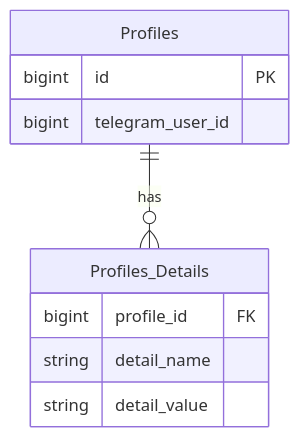
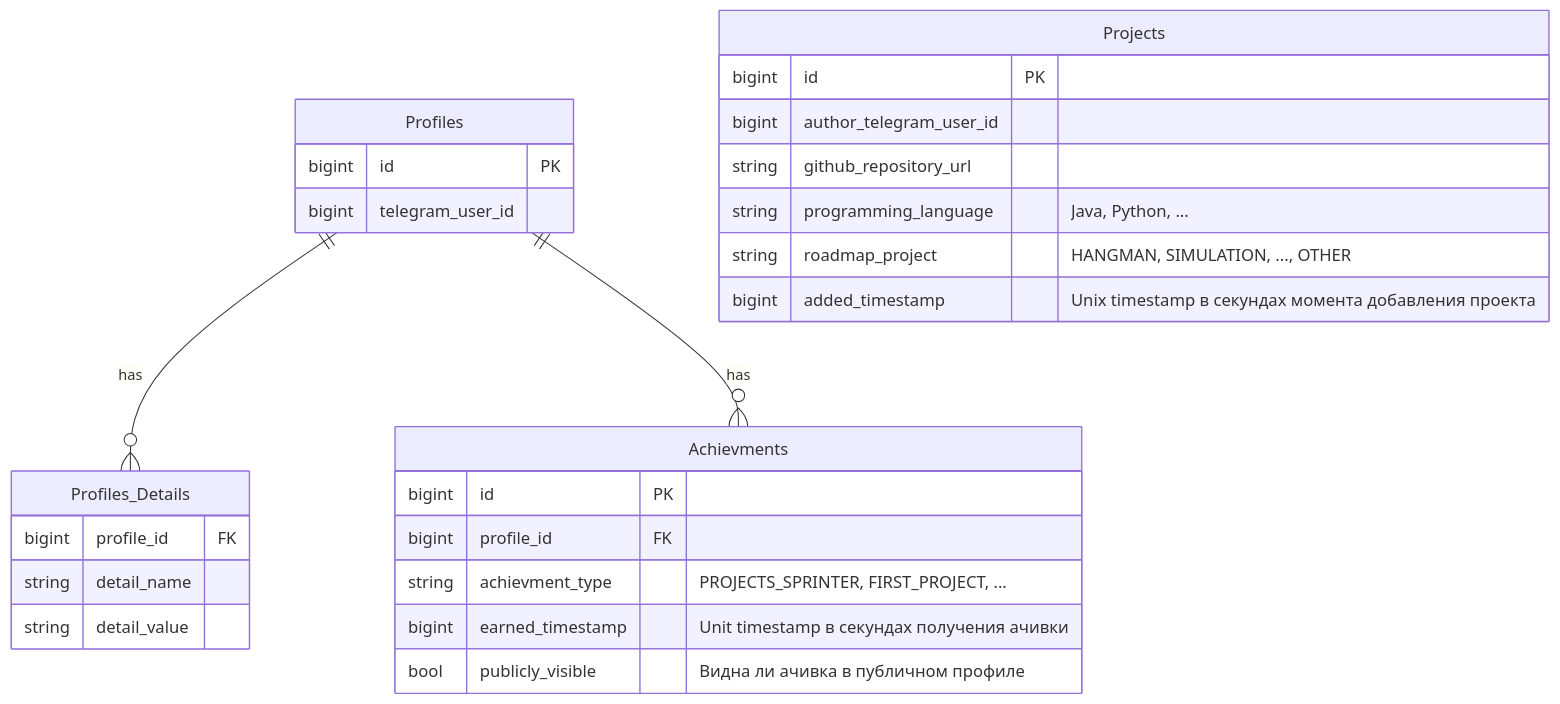
One commit to it-mentor-community-platform/meta changed the diagram in system-analytics/services/profile-service/index.md. Above: the diagram before and after it, drawn with Mermaid. The commit also changed other lines of this file, not shown here.

Commit message:
system analytics: profile service - new DB tables for projects and achievements
Added Achievements and Projects sections with their fields and indexes in the profile service documentation.

````diff
--- a/system-analytics/services/profile-service/index.md
+++ b/system-analytics/services/profile-service/index.md
@@ -18,16 +18,34 @@
 ```mermaid
 erDiagram
     Profiles {
         bigint id PK
         bigint telegram_user_id
     }
 
     Profiles_Details {
         bigint profile_id FK
         string detail_name
         string detail_value
     }
 
+    Achievments {
+        bigint id PK
+        bigint profile_id FK
+        string achievment_type "PROJECTS_SPRINTER, FIRST_PROJECT, ..."
+        bigint earned_timestamp "Unit timestamp в секундах получения ачивки"
+        bool publicly_visible "Видна ли ачивка в публичном профиле"
+    }
+
+    Projects {
+        bigint id PK
+        bigint author_telegram_user_id
+        string github_repository_url
+        string programming_language "Java, Python, ..."
+        string roadmap_project "HANGMAN, SIMULATION, ..., OTHER"
+        bigint added_timestamp "Unix timestamp в секундах момента добавления проекта"
+    }
+
     Profiles ||--o{ Profiles_Details : has
+    Profiles ||--o{ Achievments : has
 
 ```
````
